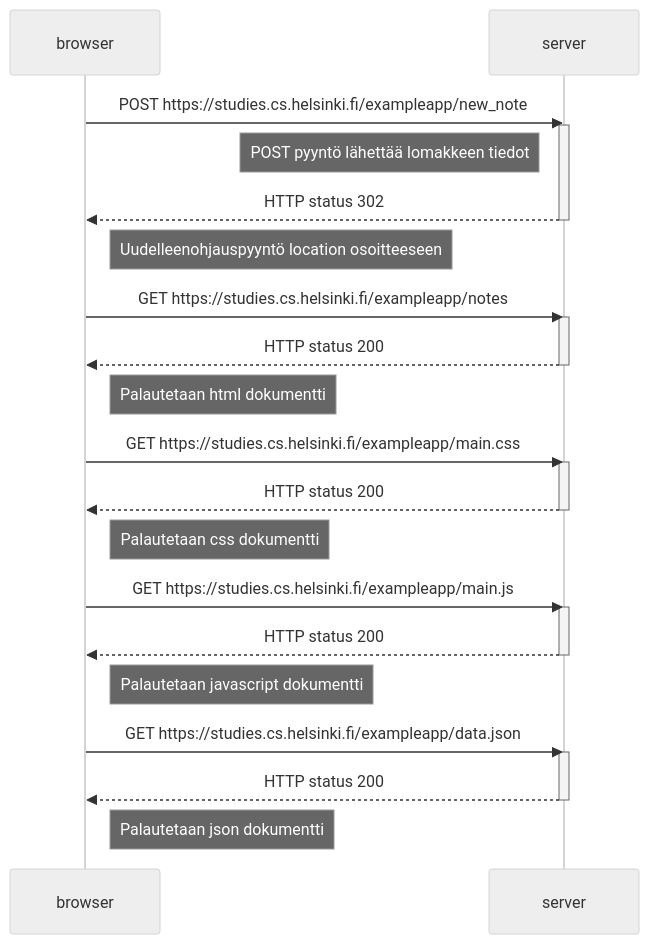
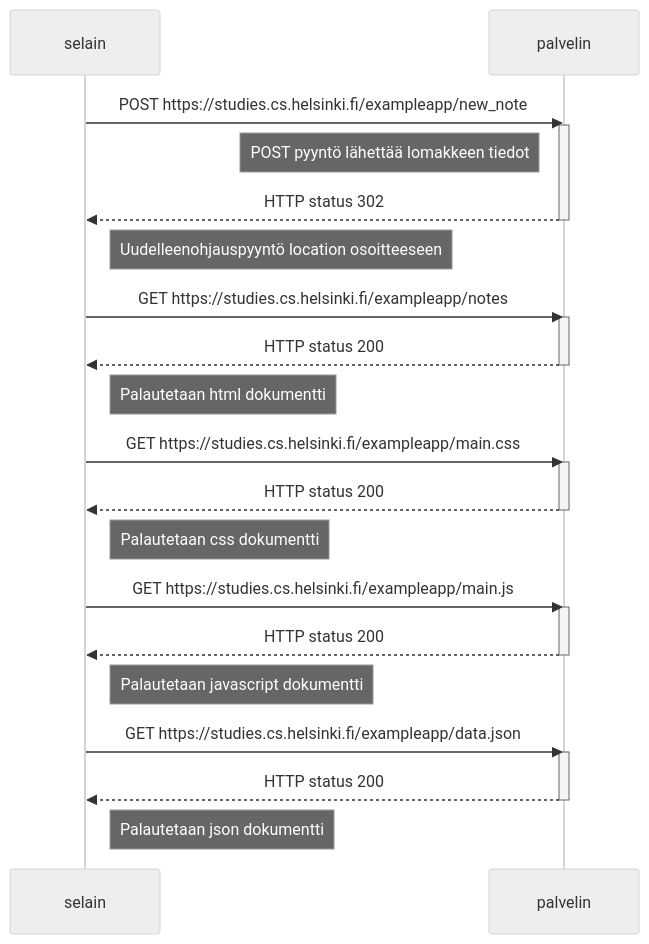
Before and after one commit to TeemuStew/fullstack-mooc: the diagram in osa0/teksti.md, drawn with Mermaid (neutral theme).

````diff
--- a/osa0/teksti.md
+++ b/osa0/teksti.md
@@ -1,44 +1,44 @@
 ```mermaid
 sequenceDiagram
-    participant browser
-    participant server
+    participant selain
+    participant palvelin
 
-    browser->>server: POST https://studies.cs.helsinki.fi/exampleapp/new_note
-    activate server
+    selain->>palvelin: POST https://studies.cs.helsinki.fi/exampleapp/new_note
+    activate palvelin
 
-    Note left of server: POST pyyntö lähettää lomakkeen tiedot 
+    Note left of palvelin: POST pyyntö lähettää lomakkeen tiedot 
 
-    server-->>browser: HTTP status 302
-    deactivate server
+    palvelin-->>selain: HTTP status 302
+    deactivate palvelin
 
-    Note right of browser: Uudelleenohjauspyyntö location osoitteeseen
+    Note right of selain: Uudelleenohjauspyyntö location osoitteeseen
 
-    browser->>server: GET https://studies.cs.helsinki.fi/exampleapp/notes
-    activate server
-    server-->>browser: HTTP status 200
-    deactivate server
+    selain->>palvelin: GET https://studies.cs.helsinki.fi/exampleapp/notes
+    activate palvelin
+    palvelin-->>selain: HTTP status 200
+    deactivate palvelin
 
-    Note right of browser: Palautetaan html dokumentti
+    Note right of selain: Palautetaan html dokumentti
 
-    browser->>server: GET https://studies.cs.helsinki.fi/exampleapp/main.css
-    activate server
-    server-->>browser: HTTP status 200
-    deactivate server 
+    selain->>palvelin: GET https://studies.cs.helsinki.fi/exampleapp/main.css
+    activate palvelin
+    palvelin-->>selain: HTTP status 200
+    deactivate palvelin 
 
-    Note right of browser: Palautetaan css dokumentti
+    Note right of selain: Palautetaan css dokumentti
 
-    browser->>server: GET https://studies.cs.helsinki.fi/exampleapp/main.js
-    activate server
-    server-->>browser: HTTP status 200
-    deactivate server 
+    selain->>palvelin: GET https://studies.cs.helsinki.fi/exampleapp/main.js
+    activate palvelin
+    palvelin-->>selain: HTTP status 200
+    deactivate palvelin 
 
-    Note right of browser: Palautetaan javascript dokumentti
+    Note right of selain: Palautetaan javascript dokumentti
 
-    browser->>server: GET https://studies.cs.helsinki.fi/exampleapp/data.json
-    activate server
-    server-->>browser: HTTP status 200
-    deactivate server
+    selain->>palvelin: GET https://studies.cs.helsinki.fi/exampleapp/data.json
+    activate palvelin
+    palvelin-->>selain: HTTP status 200
+    deactivate palvelin
 
-    Note right of browser: Palautetaan json dokumentti
+    Note right of selain: Palautetaan json dokumentti
 
 ```
````
